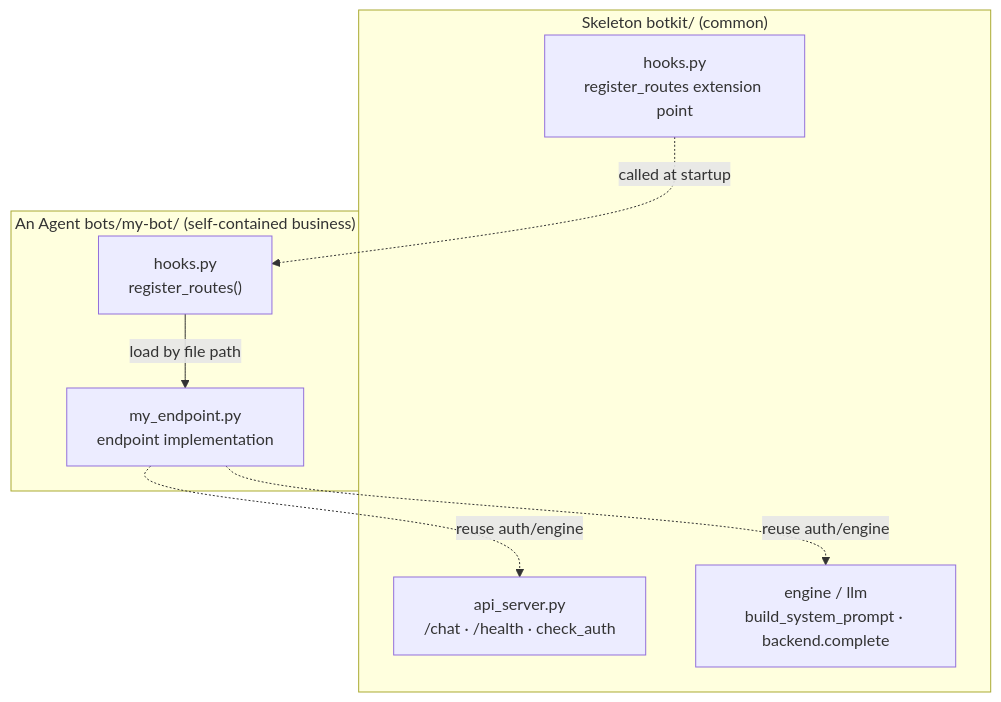
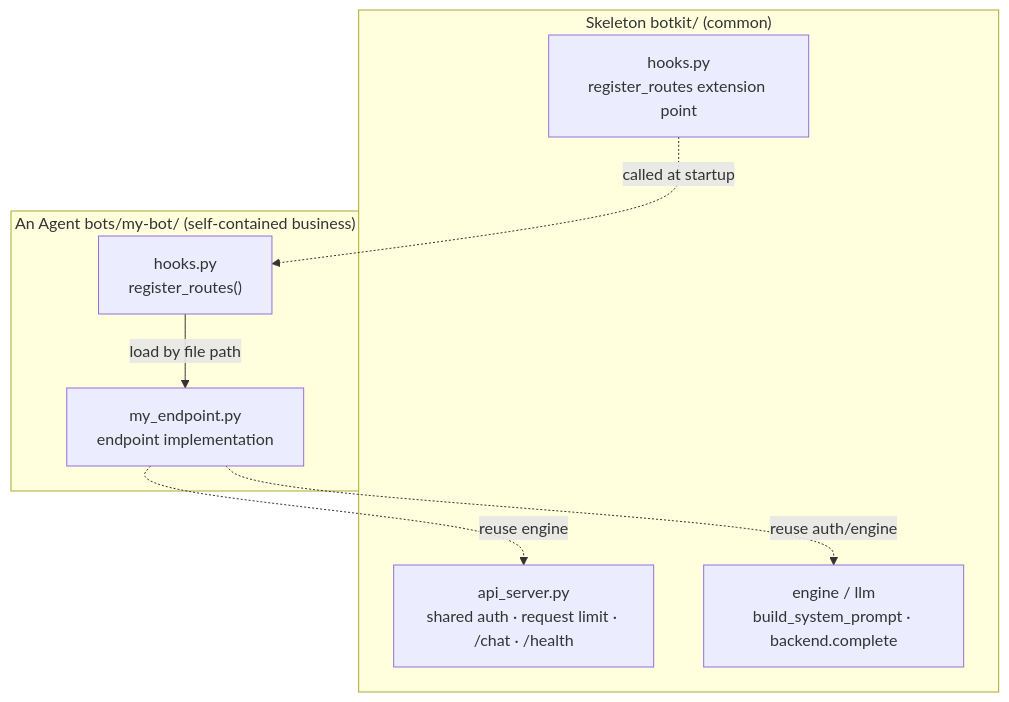
The diagram in docs/configuration-reference.md (wagalicn/BotSmith), drawn with Mermaid before and after one commit. The commit also changed other lines of this file and 22 other files, not shown here.

````diff
--- a/docs/configuration-reference.md
+++ b/docs/configuration-reference.md
@@ -189,16 +195,16 @@
 ```mermaid
 flowchart TB
     subgraph SK["Skeleton botkit/ (common)"]
-        API["api_server.py<br/>/chat · /health · check_auth"]
+        API["api_server.py<br/>shared auth · request limit · /chat · /health"]
         HK["hooks.py<br/>register_routes extension point"]
         EN["engine / llm<br/>build_system_prompt · backend.complete"]
     end
     subgraph BOT["An Agent bots/my-bot/ (self-contained business)"]
         BH["hooks.py<br/>register_routes()"]
         BE["my_endpoint.py<br/>endpoint implementation"]
         BH -->|load by file path| BE
     end
     HK -.called at startup.-> BH
-    BE -.reuse auth/engine.-> API
+    BE -.reuse engine.-> API
     BE -.reuse auth/engine.-> EN
 ```
````
